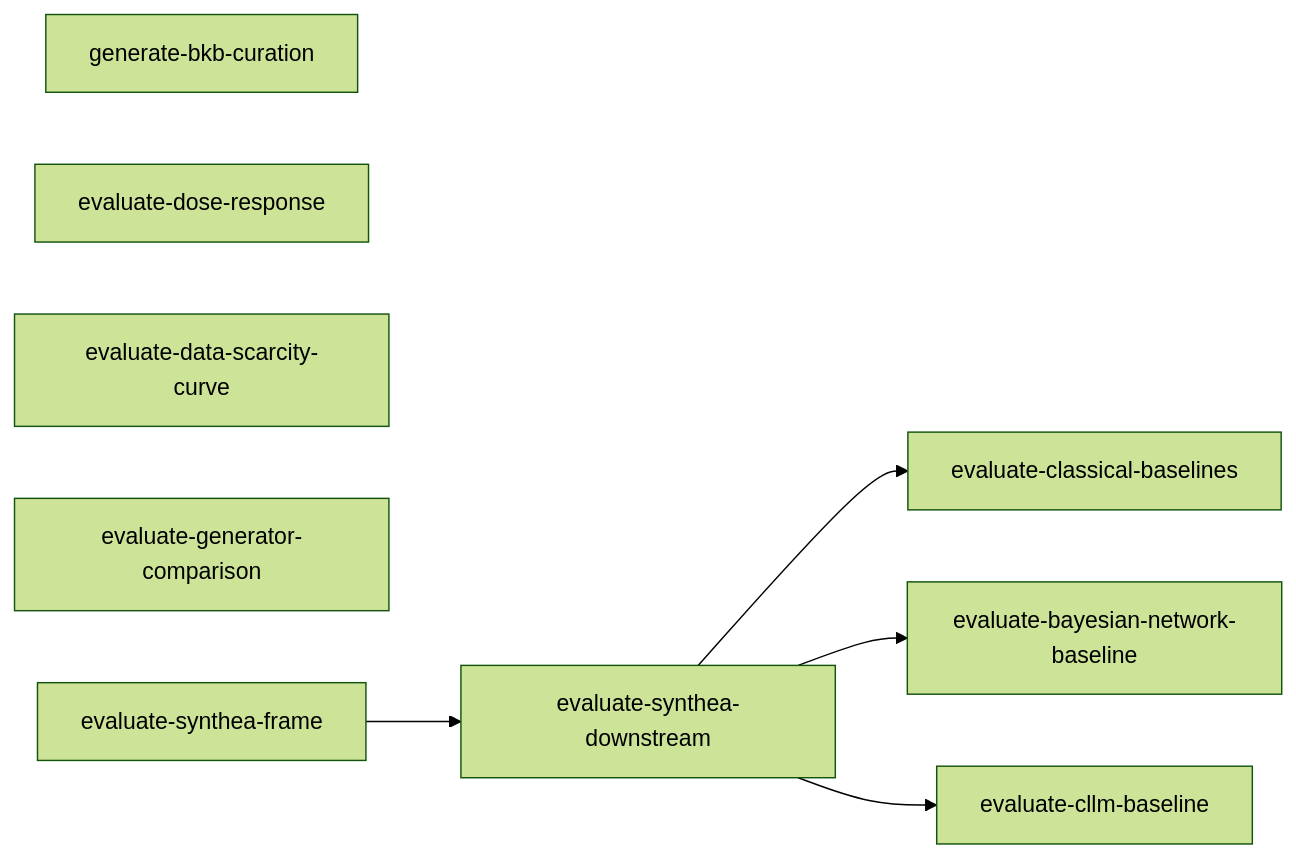
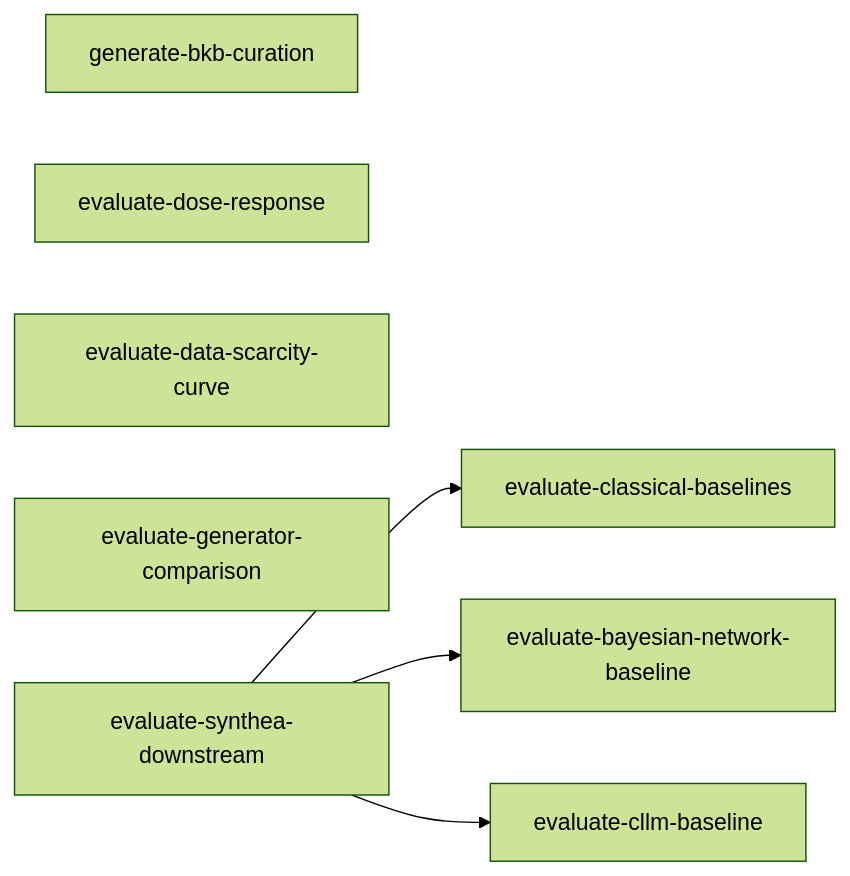
Before and after one commit to joe-dartmouth/synthetic: the diagram in tasks/experiments-index.md, drawn with Mermaid (forest theme). The commit also changed other lines of this file and 3 other files, not shown here.

````diff
--- a/tasks/experiments-index.md
+++ b/tasks/experiments-index.md
@@ -38,11 +37,10 @@
 ```mermaid
 flowchart LR
     bkb_curation[generate-bkb-curation]
     dose_response[evaluate-dose-response]
     scarcity_curve[evaluate-data-scarcity-curve]
     generator_comparison[evaluate-generator-comparison]
-    synthea_frame[evaluate-synthea-frame] --> synthea_downstream[evaluate-synthea-downstream]
-    synthea_downstream --> classical_baselines[evaluate-classical-baselines]
+    synthea_downstream[evaluate-synthea-downstream] --> classical_baselines[evaluate-classical-baselines]
     synthea_downstream --> bn_baseline[evaluate-bayesian-network-baseline]
     synthea_downstream --> cllm_baseline[evaluate-cllm-baseline]
 ```
````
